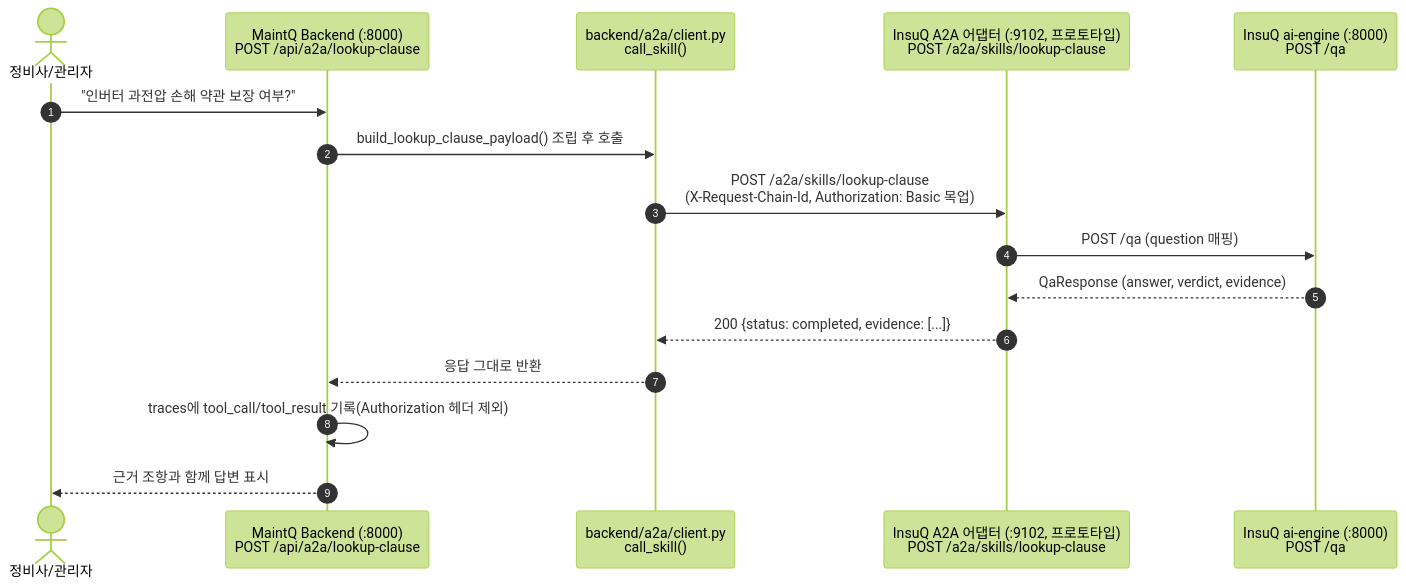
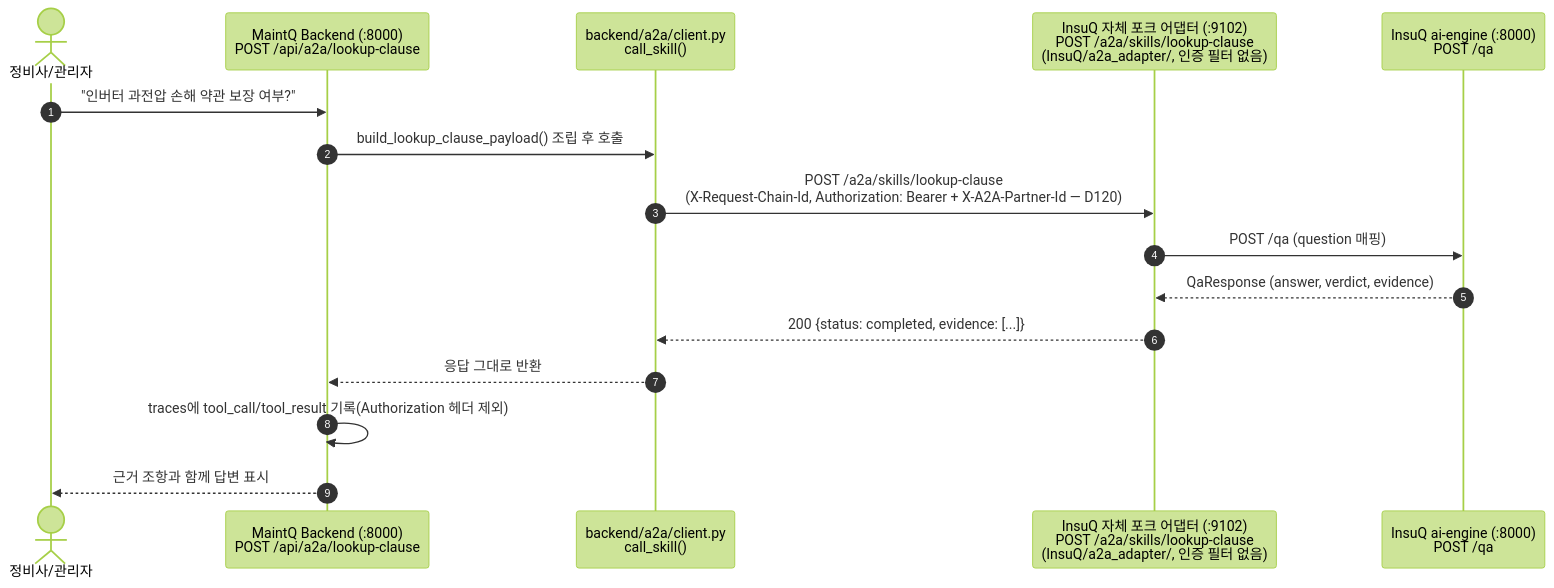
Before and after one commit to ttogle918/QMesh: the second of 8 diagrams in A2A_DIAGRAMS.md, drawn with Mermaid (forest theme). The commit also changed other lines of this file, not shown here.

First line of the commit message:
docs: A2A_DIAGRAMS.md v1.4 갱신 — D119·D120·Sprint18·실측 GIF 반영 (A2A_Q 세션)

````diff
--- a/A2A_DIAGRAMS.md
+++ b/A2A_DIAGRAMS.md
@@ -103,19 +158,19 @@
 ```mermaid
 sequenceDiagram
     autonumber
     actor Mgr as 정비사/관리자
     participant MQ as MaintQ Backend (:8000)<br>POST /api/a2a/lookup-clause
     participant Client as backend/a2a/client.py<br>call_skill()
-    participant IQ as InsuQ A2A 어댑터 (:9102, 프로토타입)<br>POST /a2a/skills/lookup-clause
+    participant IQ as InsuQ 자체 포크 어댑터 (:9102)<br>POST /a2a/skills/lookup-clause<br>(InsuQ/a2a_adapter/, 인증 필터 없음)
     participant AI as InsuQ ai-engine (:8000)<br>POST /qa
 
     Mgr->>MQ: "인버터 과전압 손해 약관 보장 여부?"
     MQ->>Client: build_lookup_clause_payload() 조립 후 호출
-    Client->>IQ: POST /a2a/skills/lookup-clause<br>(X-Request-Chain-Id, Authorization: Basic 목업)
+    Client->>IQ: POST /a2a/skills/lookup-clause<br>(X-Request-Chain-Id, Authorization: Bearer + X-A2A-Partner-Id — D120)
     IQ->>AI: POST /qa (question 매핑)
     AI-->>IQ: QaResponse (answer, verdict, evidence)
     IQ-->>Client: 200 {status: completed, evidence: [...]}
     Client-->>MQ: 응답 그대로 반환
     MQ->>MQ: traces에 tool_call/tool_result 기록(Authorization 헤더 제외)
     MQ-->>Mgr: 근거 조항과 함께 답변 표시
 ```
````
